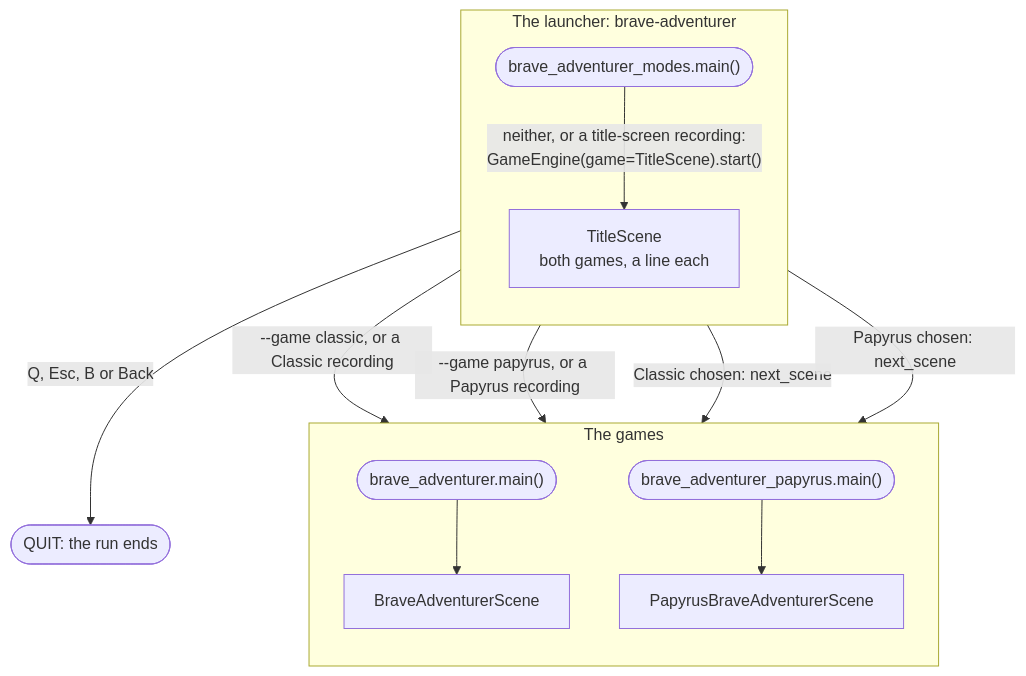
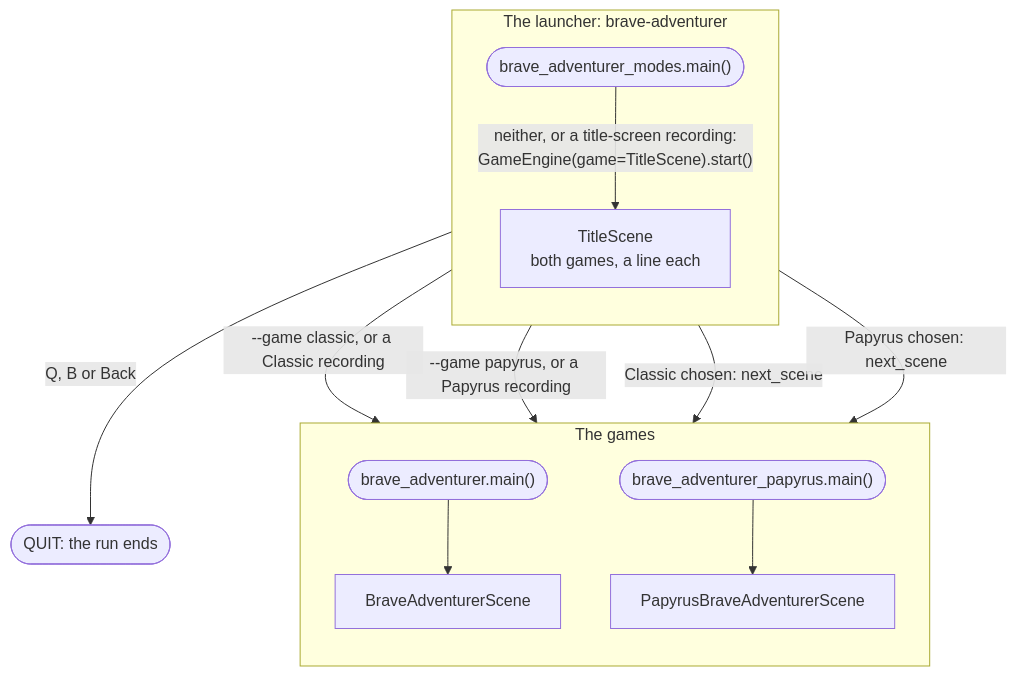
Before and after one commit to terrysimons/glitchygames: the first of 8 diagrams in docs/games/brave_adventurer.md, drawn with Mermaid. The commit also changed other lines of this file and 9 other files, not shown here.

````diff
--- a/docs/games/brave_adventurer.md
+++ b/docs/games/brave_adventurer.md
@@ -124,25 +124,25 @@
 ```mermaid
 flowchart TB
     subgraph LAUNCHER["The launcher: brave-adventurer"]
         direction TB
         launch(["brave_adventurer_modes.main#40;#41;"])
         title["TitleScene<br/>both games, a line each"]
     end
     subgraph GAMES["The games"]
         direction TB
         classic_main(["brave_adventurer.main#40;#41;"])
         papyrus_main(["brave_adventurer_papyrus.main#40;#41;"])
         classic["BraveAdventurerScene"]
         papyrus["PapyrusBraveAdventurerScene"]
     end
     quit_title(["QUIT: the run ends"])
 
     launch -->|"--game classic, or a Classic recording"| classic_main
     launch -->|"--game papyrus, or a Papyrus recording"| papyrus_main
     launch -->|"neither, or a title-screen recording:<br/>GameEngine#40;game=TitleScene#41;.start#40;#41;"| title
     classic_main --> classic
     papyrus_main --> papyrus
     title -->|"Classic chosen: next_scene"| classic
     title -->|"Papyrus chosen: next_scene"| papyrus
-    title -->|"Q, Esc, B or Back"| quit_title
+    title -->|"Q, B or Back"| quit_title
 ```
````
